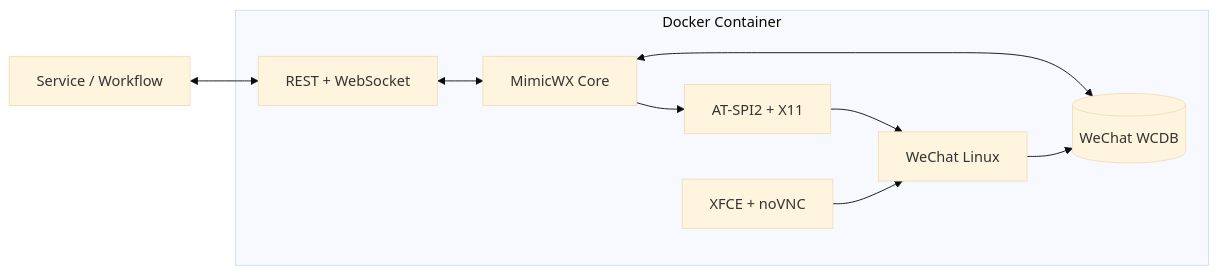
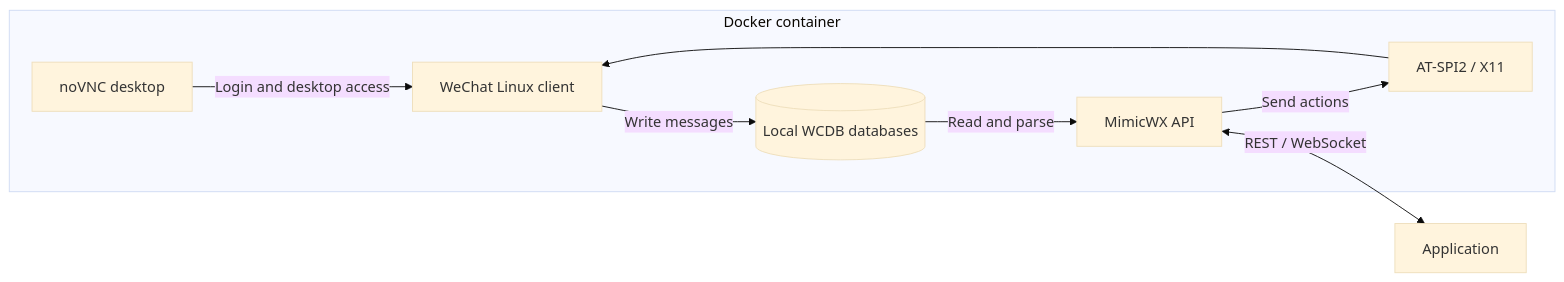
Before and after one commit to qianshulab/MimicWX-Linux: the diagram in README.en.md, drawn with Mermaid (base theme). The commit also changed other lines of this file and 13 other files, not shown here.

````diff
--- a/README.en.md
+++ b/README.en.md
@@ -68,20 +172,15 @@
 ```mermaid
 flowchart LR
-    Consumer[Service / Workflow]
-
-    subgraph Container[Docker Container]
-        API[REST + WebSocket]
-        Core[MimicWX Core]
-        DB[(WeChat WCDB)]
-        Driver[AT-SPI2 + X11]
-        WX[WeChat Linux]
-        Desktop[XFCE + noVNC]
+    subgraph Container["Docker container"]
+        WX["WeChat Linux client"]
+        DB[("Local WCDB databases")]
+        Core["MimicWX API"]
+        Input["AT-SPI2 / X11"]
+        VNC["noVNC desktop"]
+        WX -->|Write messages| DB
+        DB -->|Read and parse| Core
+        Core -->|Send actions| Input --> WX
+        VNC -->|Login and desktop access| WX
     end
-
-    Consumer <--> API
-    API <--> Core
-    Core <--> DB
-    Core --> Driver --> WX
-    WX --> DB
-    Desktop --> WX
+    Core <-->|REST / WebSocket| App["Application"]
 ```
````
